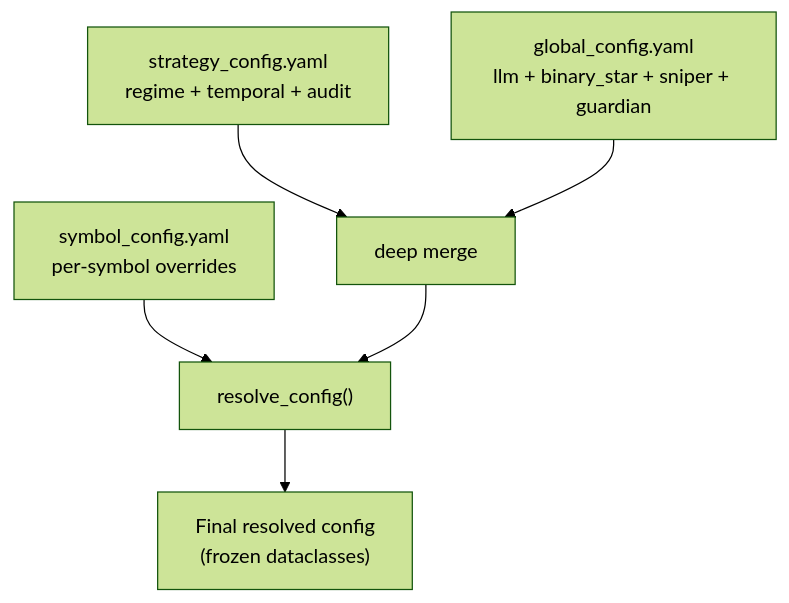
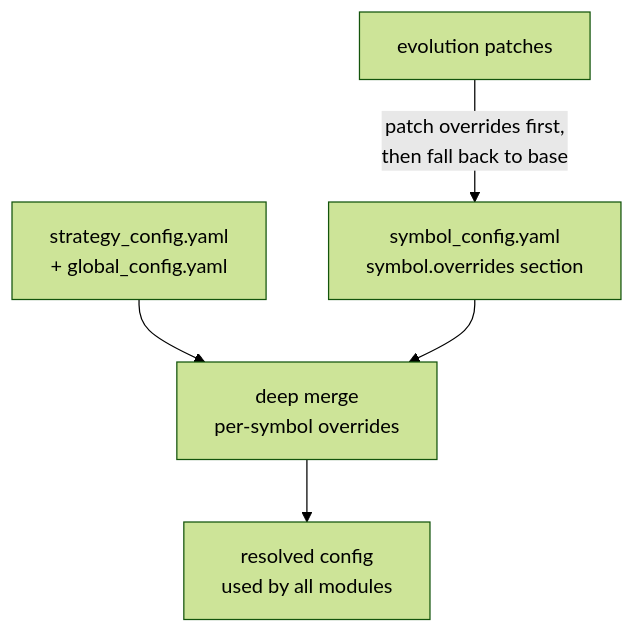
The fifth of 5 diagrams in README.md (jiangyang5157/binary-star), drawn with Mermaid (forest theme) before and after one commit. The commit also changed other lines of this file, not shown here.

````diff
--- a/README.md
+++ b/README.md
@@ -451,8 +395,7 @@
 ```mermaid
 graph TD
-    Base["strategy_config.yaml<br/>regime + temporal + audit"] --> Merge["deep merge"]
-    Global["global_config.yaml<br/>llm + binary_star + sniper + guardian"] --> Merge
-    Symbol["symbol_config.yaml<br/>per-symbol overrides"] --> Resolve["resolve_config()"]
-    Merge --> Resolve
-    Resolve --> Final["Final resolved config<br/>(frozen dataclasses)"]
+    Base["strategy_config.yaml<br/>+ global_config.yaml"] --> Merge["deep merge<br/>per-symbol overrides"]
+    Symbol["symbol_config.yaml<br/>symbol.overrides section"] --> Merge
+    Merge --> Resolved["resolved config<br/>used by all modules"]
+    Evolution["evolution patches"] -->|"patch overrides first,<br/>then fall back to base"| Symbol
 ```
````
